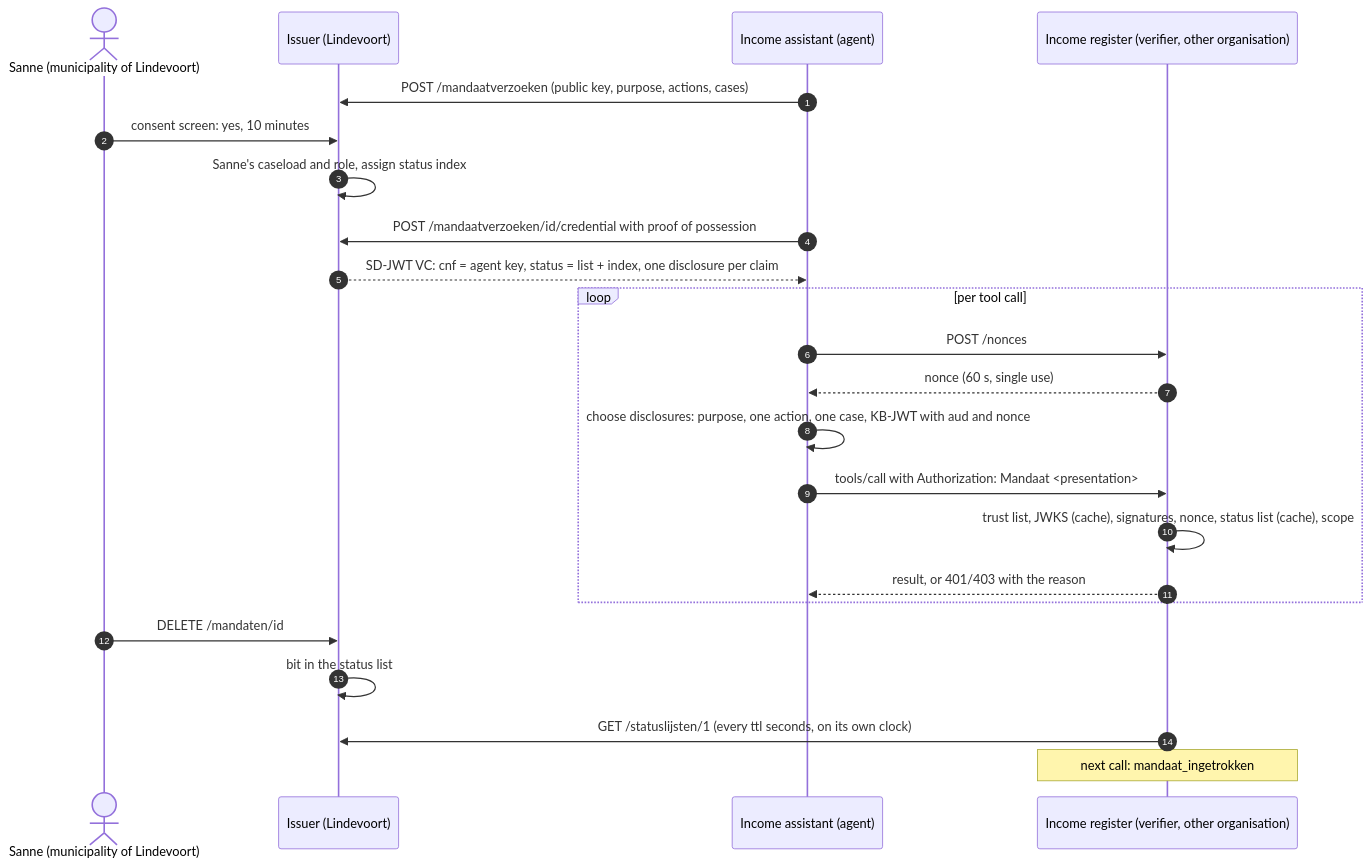
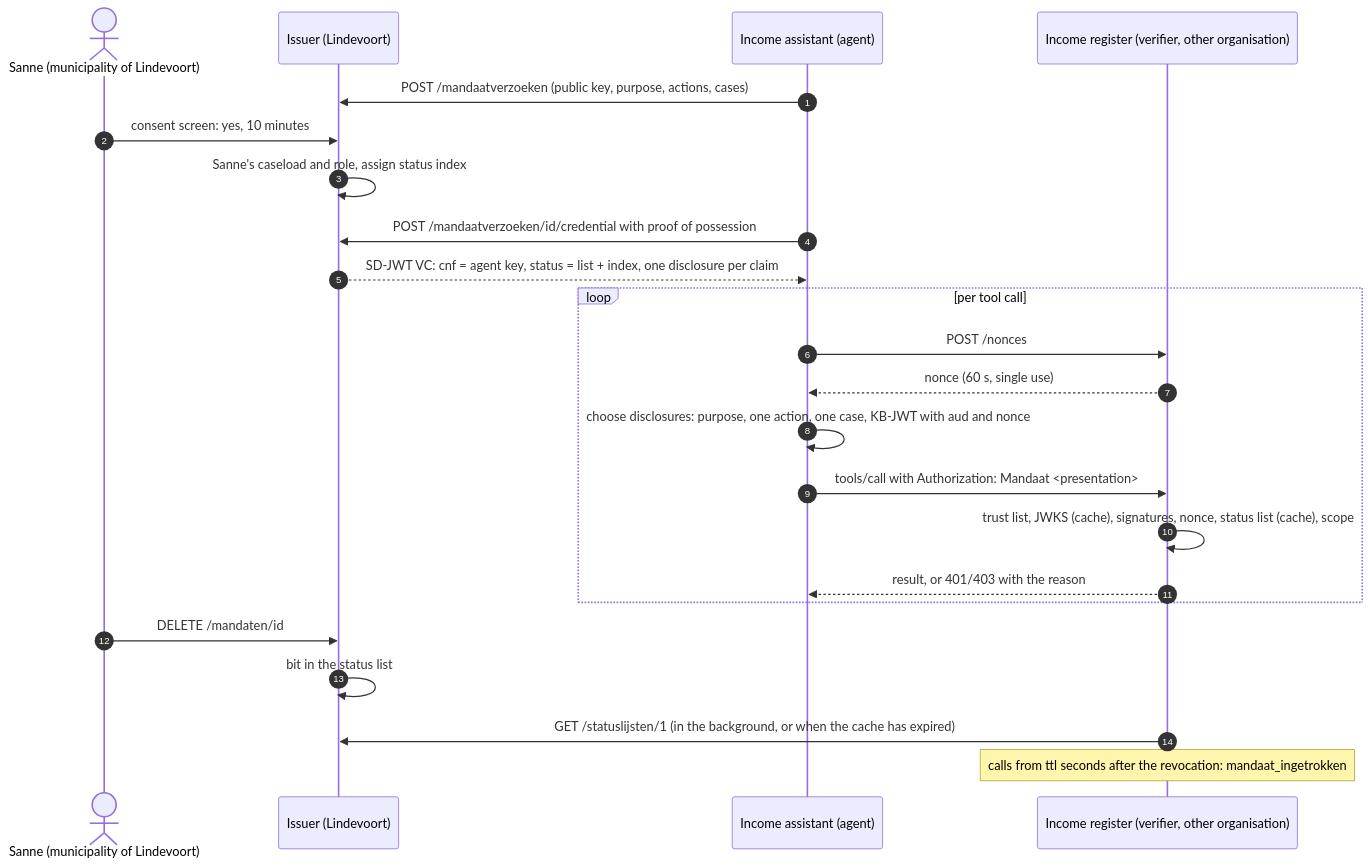
Before and after one commit to oomny-nl/agent-mandaatbewijs: the diagram in README.en.md, drawn with Mermaid. The commit also changed other lines of this file and 40 other files, not shown here.

````diff
--- a/README.en.md
+++ b/README.en.md
@@ -78,26 +88,26 @@
 ```mermaid
 sequenceDiagram
     autonumber
     actor S as Sanne (municipality of Lindevoort)
     participant U as Issuer (Lindevoort)
     participant A as Income assistant (agent)
     participant R as Income register (verifier, other organisation)
 
     A->>U: POST /mandaatverzoeken (public key, purpose, actions, cases)
     S->>U: consent screen: yes, 10 minutes
     U->>U: Sanne's caseload and role, assign status index
     A->>U: POST /mandaatverzoeken/id/credential with proof of possession
     U-->>A: SD-JWT VC: cnf = agent key, status = list + index, one disclosure per claim
     loop per tool call
         A->>R: POST /nonces
         R-->>A: nonce (60 s, single use)
         A->>A: choose disclosures: purpose, one action, one case, KB-JWT with aud and nonce
         A->>R: tools/call with Authorization: Mandaat <presentation>
         R->>R: trust list, JWKS (cache), signatures, nonce, status list (cache), scope
         R-->>A: result, or 401/403 with the reason
     end
     S->>U: DELETE /mandaten/id
     U->>U: bit in the status list
-    R->>U: GET /statuslijsten/1 (every ttl seconds, on its own clock)
-    Note over R: next call: mandaat_ingetrokken
+    R->>U: GET /statuslijsten/1 (in the background, or when the cache has expired)
+    Note over R: calls from ttl seconds after the revocation: mandaat_ingetrokken
 ```
````
